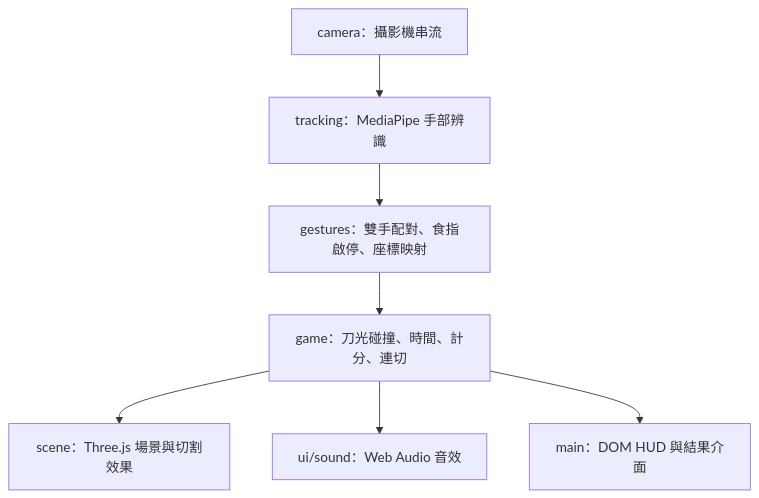
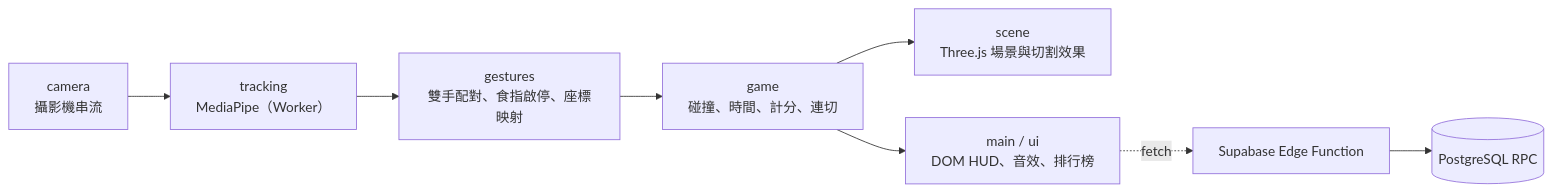
One commit to zooroy/ai_fruit_ninja changed the diagram in README.md. Above: the diagram before and after it, drawn with Mermaid. The commit also changed other lines of this file and 2 other files, not shown here.

````diff
--- a/README.md
+++ b/README.md
@@ -210,9 +21,9 @@
 ```mermaid
-flowchart TD
-    Camera["camera：攝影機串流"] --> Tracker["tracking：MediaPipe 手部辨識"]
-    Tracker --> Gestures["gestures：雙手配對、食指啟停、座標映射"]
-    Gestures --> Game["game：刀光碰撞、時間、計分、連切"]
-    Game --> Scene["scene：Three.js 場景與切割效果"]
-    Game --> Sound["ui/sound：Web Audio 音效"]
-    Game --> HUD["main：DOM HUD 與結果介面"]
+flowchart LR
+    Camera["camera<br/>攝影機串流"] --> Tracker["tracking<br/>MediaPipe（Worker）"]
+    Tracker --> Gestures["gestures<br/>雙手配對、食指啟停、座標映射"]
+    Gestures --> Game["game<br/>碰撞、時間、計分、連切"]
+    Game --> Scene["scene<br/>Three.js 場景與切割效果"]
+    Game --> UI["main / ui<br/>DOM HUD、音效、排行榜"]
+    UI -. fetch .-> API["Supabase Edge Function"] --> DB[("PostgreSQL RPC")]
 ```
````
